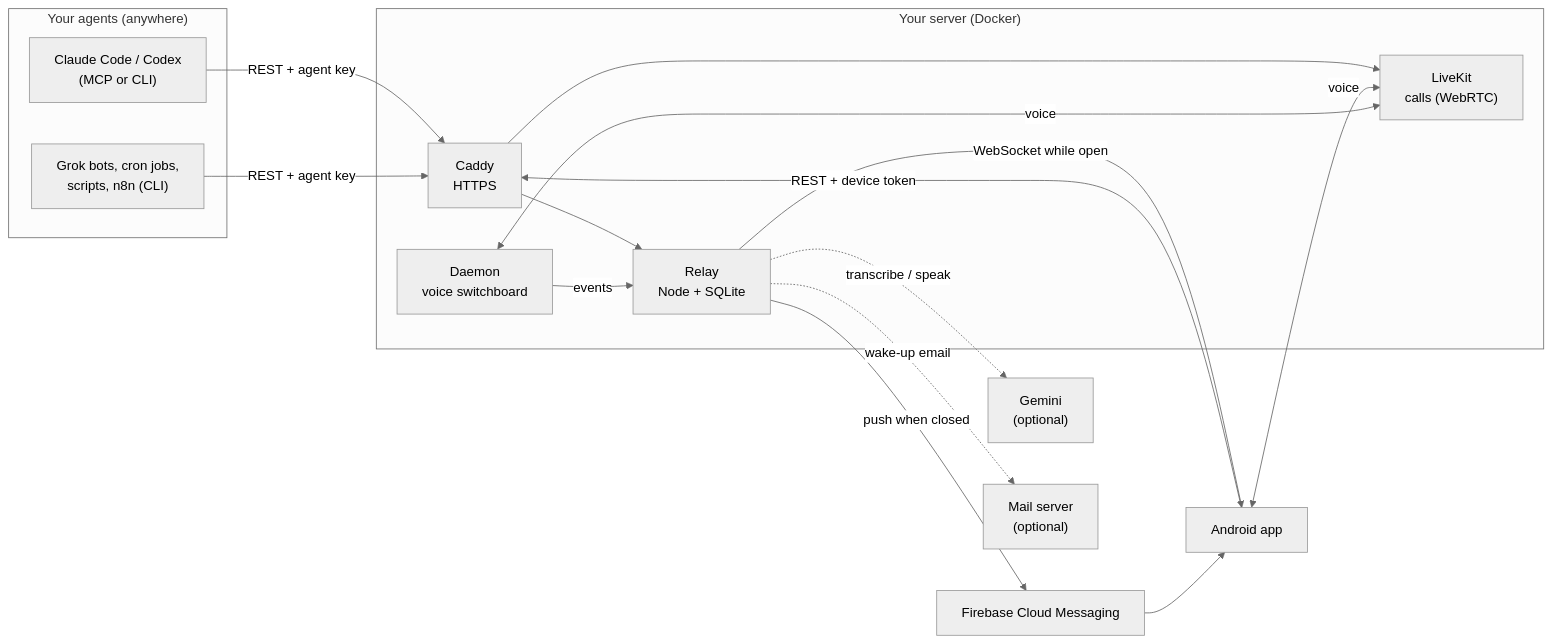
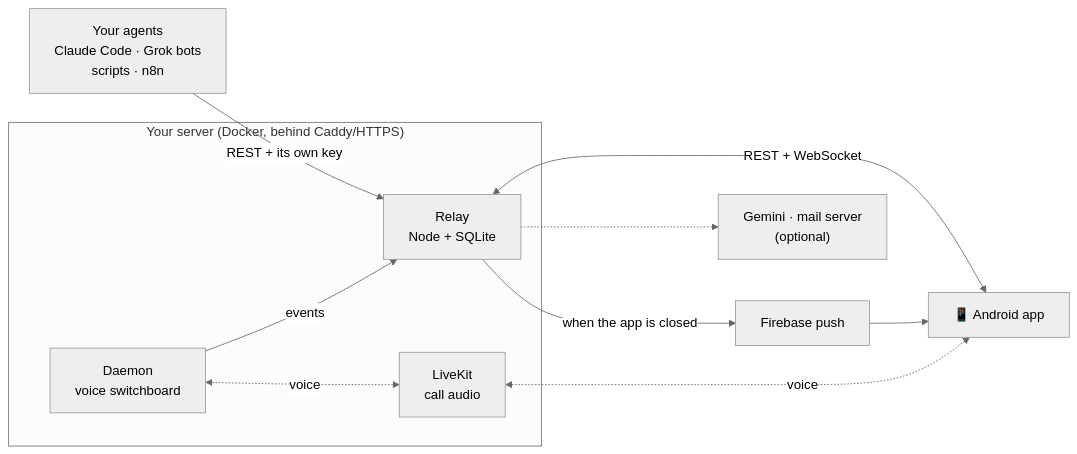
One commit to mixx86/hivepal changed the first of 8 diagrams in docs/concepts/how-it-works.md. Above: the diagram before and after it, drawn with Mermaid (neutral theme). The commit also changed 1 other file, not shown here.

Commit message:
Docs: clearer 'pieces' diagram; fix two links in agentring's README copy

````diff
--- a/docs/concepts/how-it-works.md
+++ b/docs/concepts/how-it-works.md
@@ -9,30 +9,20 @@
 ```mermaid
 flowchart LR
-    subgraph agents["Your agents (anywhere)"]
-        A1["Claude Code / Codex<br/>(MCP or CLI)"]
-        A2["Grok bots, cron jobs,<br/>scripts, n8n (CLI)"]
+    A["Your agents<br/>Claude Code · Grok bots<br/>scripts · n8n"]
+    subgraph server["Your server (Docker, behind Caddy/HTTPS)"]
+        R["Relay<br/>Node + SQLite"]
+        D["Daemon<br/>voice switchboard"]
+        L["LiveKit<br/>call audio"]
     end
-    subgraph server["Your server (Docker)"]
-        C["Caddy<br/>HTTPS"]
-        R["Relay<br/>Node + SQLite"]
-        L["LiveKit<br/>calls (WebRTC)"]
-        D["Daemon<br/>voice switchboard"]
-    end
-    P["Android app"]
-    FCM["Firebase Cloud Messaging"]
-    G["Gemini<br/>(optional)"]
-    M["Mail server<br/>(optional)"]
+    P["📱 Android app"]
+    F["Firebase push"]
+    X["Gemini · mail server<br/>(optional)"]
 
-    A1 -- "REST + agent key" --> C
-    A2 -- "REST + agent key" --> C
-    C --> R
-    C --> L
-    R -- "WebSocket while open" --> P
-    R -- "push when closed" --> FCM --> P
-    P -- "REST + device token" --> C
-    P <-- "voice" --> L
-    D <-- "voice" --> L
+    A -- "REST + its own key" --> R
+    R <-- "REST + WebSocket" --> P
+    R -- "when the app is closed" --> F --> P
     D -- "events" --> R
-    R -. "transcribe / speak" .-> G
-    R -. "wake-up email" .-> M
+    D <-. "voice" .-> L
+    L <-. "voice" .-> P
+    R -.-> X
 ```
````
